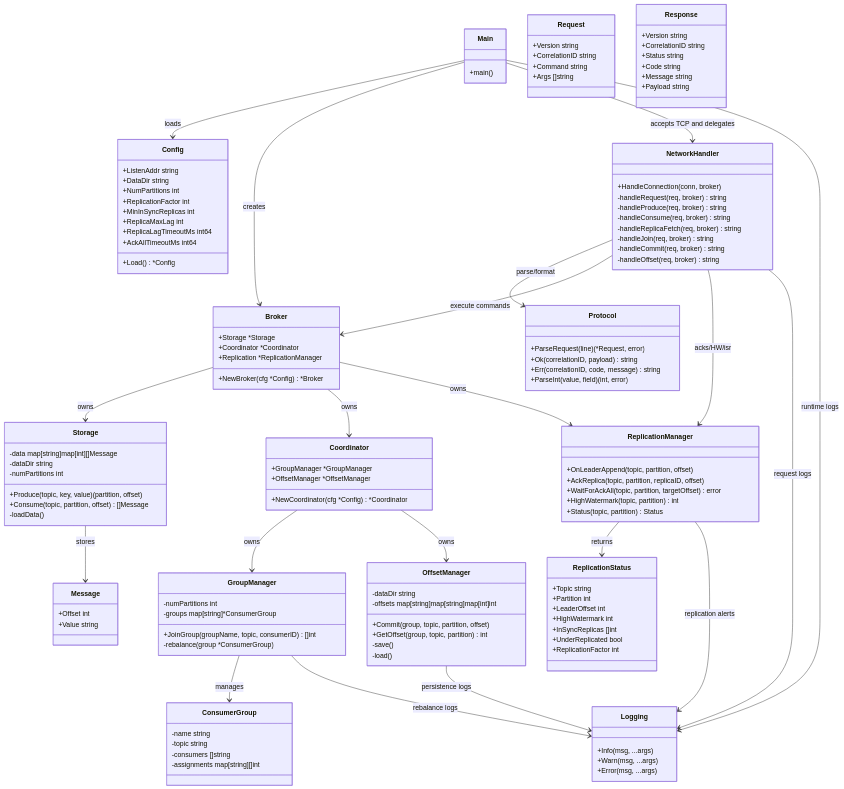
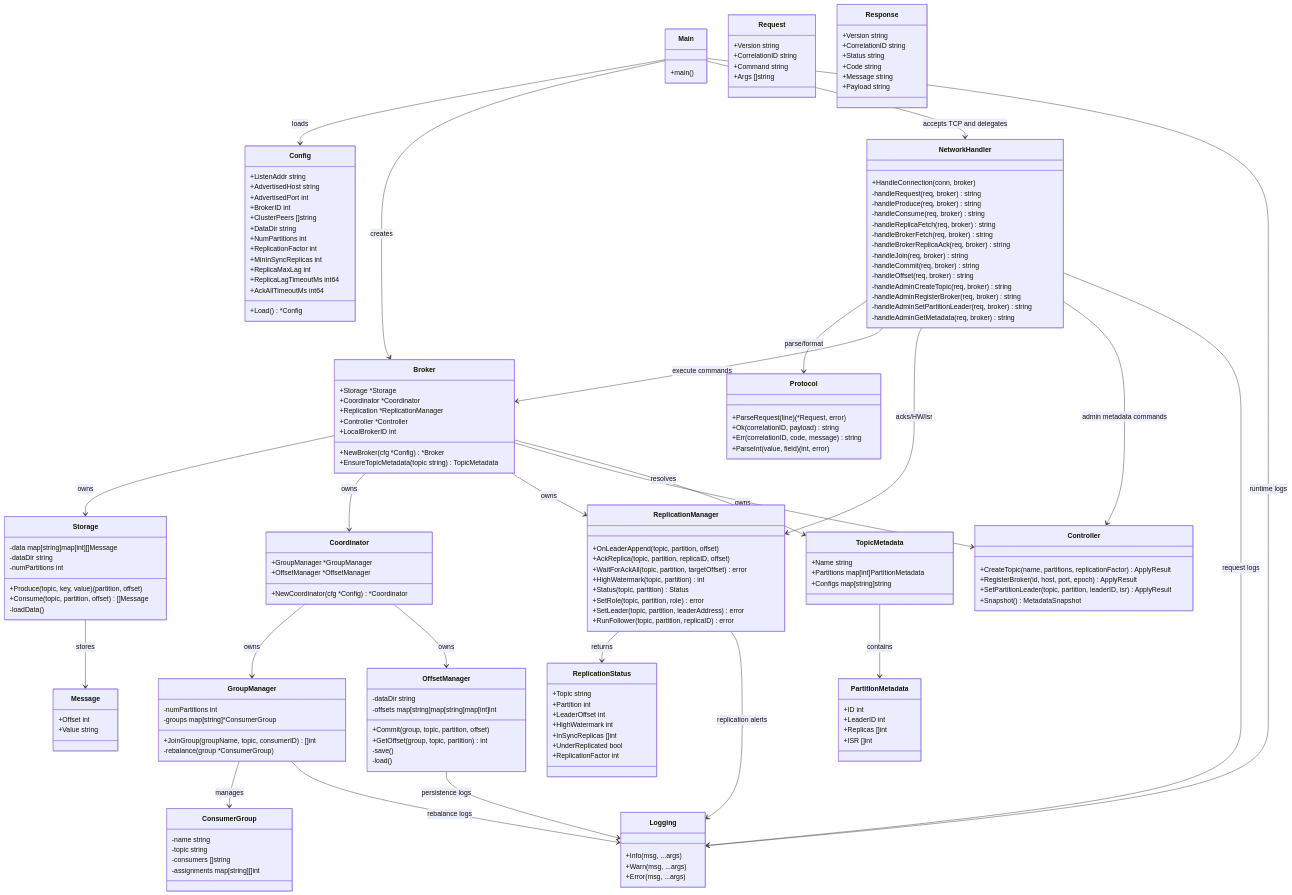
One commit to srajandev98/distributed-real-time-event-streaming changed the diagram in core/architecture/CLASS_DIAGRAM.md. Above: the diagram before and after it, drawn with Mermaid. The commit also changed other lines of this file and 14 other files, not shown here.

```diff
--- a/core/architecture/CLASS_DIAGRAM.md
+++ b/core/architecture/CLASS_DIAGRAM.md
@@ -10,6 +10,10 @@
 
     class Config {
       +ListenAddr string
+      +AdvertisedHost string
+      +AdvertisedPort int
+      +BrokerID int
+      +ClusterPeers []string
       +DataDir string
       +NumPartitions int
       +ReplicationFactor int
@@ -24,7 +28,10 @@
       +Storage *Storage
       +Coordinator *Coordinator
       +Replication *ReplicationManager
+      +Controller *Controller
+      +LocalBrokerID int
       +NewBroker(cfg *Config) *Broker
+      +EnsureTopicMetadata(topic string) TopicMetadata
     }
 
     class Storage {
@@ -99,9 +106,15 @@
       -handleProduce(req, broker) string
       -handleConsume(req, broker) string
       -handleReplicaFetch(req, broker) string
+      -handleBrokerFetch(req, broker) string
+      -handleBrokerReplicaAck(req, broker) string
       -handleJoin(req, broker) string
       -handleCommit(req, broker) string
       -handleOffset(req, broker) string
+      -handleAdminCreateTopic(req, broker) string
+      -handleAdminRegisterBroker(req, broker) string
+      -handleAdminSetPartitionLeader(req, broker) string
+      -handleAdminGetMetadata(req, broker) string
     }
 
     class ReplicationManager {
@@ -110,6 +123,29 @@
       +WaitForAckAll(topic, partition, targetOffset) error
       +HighWatermark(topic, partition) int
       +Status(topic, partition) Status
+      +SetRole(topic, partition, role) error
+      +SetLeader(topic, partition, leaderAddress) error
+      +RunFollower(topic, partition, replicaID) error
+    }
+
+    class Controller {
+      +CreateTopic(name, partitions, replicationFactor) ApplyResult
+      +RegisterBroker(id, host, port, epoch) ApplyResult
+      +SetPartitionLeader(topic, partition, leaderID, isr) ApplyResult
+      +Snapshot() MetadataSnapshot
+    }
+
+    class TopicMetadata {
+      +Name string
+      +Partitions map[int]PartitionMetadata
+      +Configs map[string]string
+    }
+
+    class PartitionMetadata {
+      +ID int
+      +LeaderID int
+      +Replicas []int
+      +ISR []int
     }
 
     class ReplicationStatus {
@@ -135,6 +171,7 @@
     Broker --> Storage : owns
     Broker --> Coordinator : owns
     Broker --> ReplicationManager : owns
+    Broker --> Controller : owns
 
     Coordinator --> GroupManager : owns
     Coordinator --> OffsetManager : owns
@@ -143,8 +180,11 @@
     NetworkHandler --> Protocol : parse/format
     NetworkHandler --> Broker : execute commands
     NetworkHandler --> ReplicationManager : acks/HW/isr
+    NetworkHandler --> Controller : admin metadata commands
     Storage --> Message : stores
     ReplicationManager --> ReplicationStatus : returns
+    Broker --> TopicMetadata : resolves
+    TopicMetadata --> PartitionMetadata : contains
 
     Main --> Logging : runtime logs
     NetworkHandler --> Logging : request logs
```
